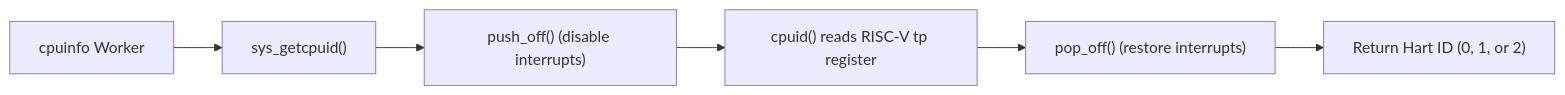
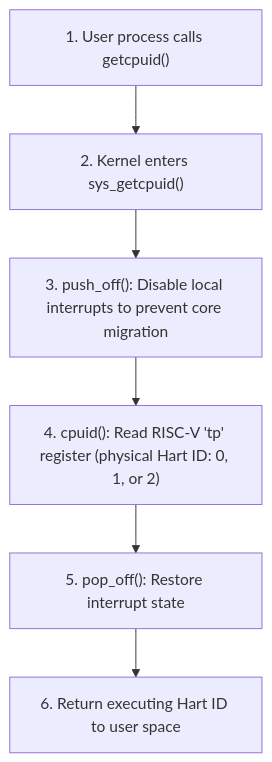
Diagram 15 of 21 in README.md (asbahkhan67-ctrl/xv6-riscv), drawn with Mermaid before and after one commit. The commit also changed other lines of this file, not shown here.

````diff
--- a/README.md
+++ b/README.md
@@ -518,8 +646,8 @@
 ```mermaid
-flowchart LR
-    U["cpuinfo Worker"] --> S["sys_getcpuid()"]
-    S --> P1["push_off() (disable interrupts)"]
-    P1 --> TP["cpuid() reads RISC-V tp register"]
-    TP --> P2["pop_off() (restore interrupts)"]
-    P2 --> R["Return Hart ID (0, 1, or 2)"]
+flowchart TD
+    U["1. User process calls getcpuid()"] --> K1["2. Kernel enters sys_getcpuid()"]
+    K1 --> K2["3. push_off(): Disable local interrupts to prevent core migration"]
+    K2 --> K3["4. cpuid(): Read RISC-V 'tp' register (physical Hart ID: 0, 1, or 2)"]
+    K3 --> K4["5. pop_off(): Restore interrupt state"]
+    K4 --> U2["6. Return executing Hart ID to user space"]
 ```
````
